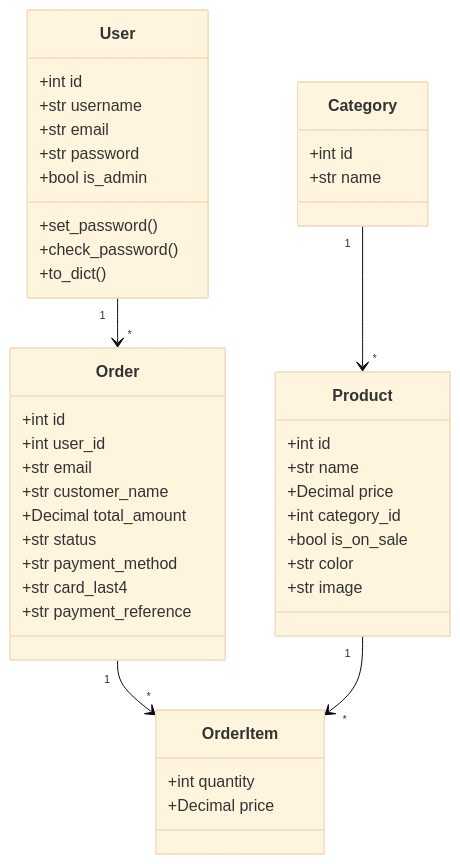
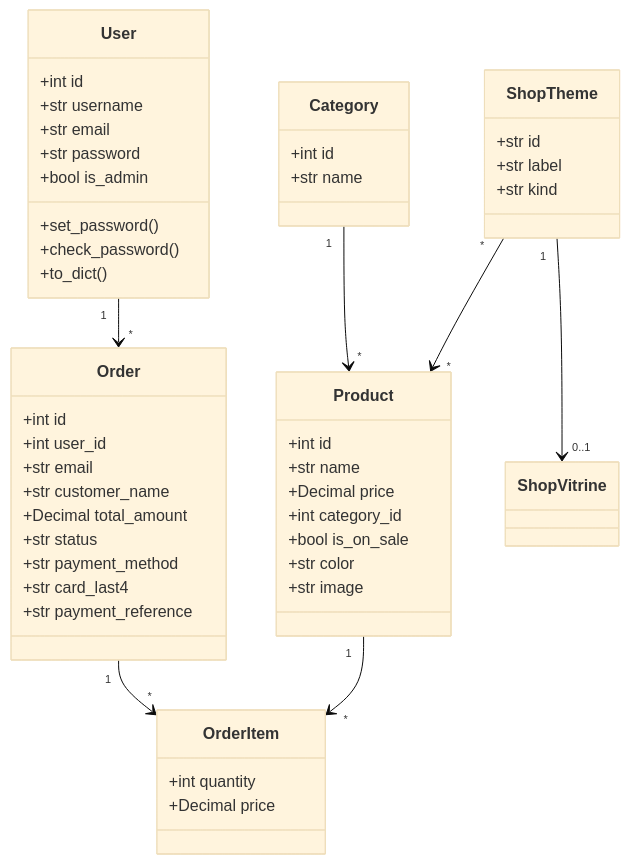
Before and after one commit to Issercio/Demo-day: the third of 3 diagrams in README.md, drawn with Mermaid (base theme). The commit also changed other lines of this file and 12 other files, not shown here.

First line of the commit message:
Store shop themes and the live vitrine in SQL, linked to products.

````diff
--- a/README.md
+++ b/README.md
@@ -252,45 +269,52 @@
 ```mermaid
 classDiagram
   class User {
     +int id
     +str username
     +str email
     +str password
     +bool is_admin
     +set_password()
     +check_password()
     +to_dict()
   }
   class Product {
     +int id
     +str name
     +Decimal price
     +int category_id
     +bool is_on_sale
     +str color
     +str image
   }
   class Category {
     +int id
     +str name
   }
   class Order {
     +int id
     +int user_id
     +str email
     +str customer_name
     +Decimal total_amount
     +str status
     +str payment_method
     +str card_last4
     +str payment_reference
   }
   class OrderItem {
     +int quantity
     +Decimal price
   }
+  class ShopTheme {
+    +str id
+    +str label
+    +str kind
+  }
   User "1" --> "*" Order
   Category "1" --> "*" Product
   Order "1" --> "*" OrderItem
   Product "1" --> "*" OrderItem
+  ShopTheme "*" --> "*" Product
+  ShopTheme "1" --> "0..1" ShopVitrine
 ```
````
